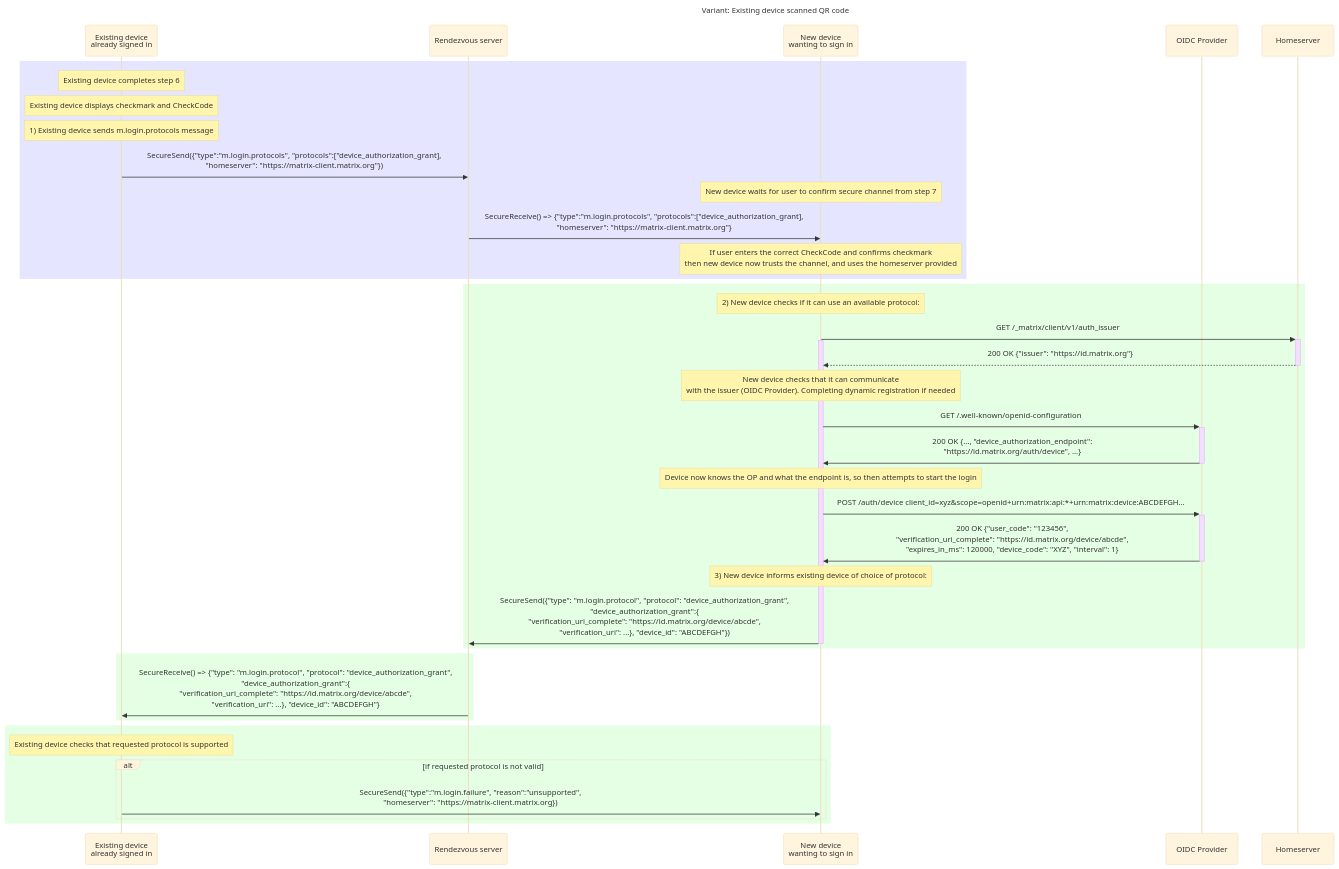
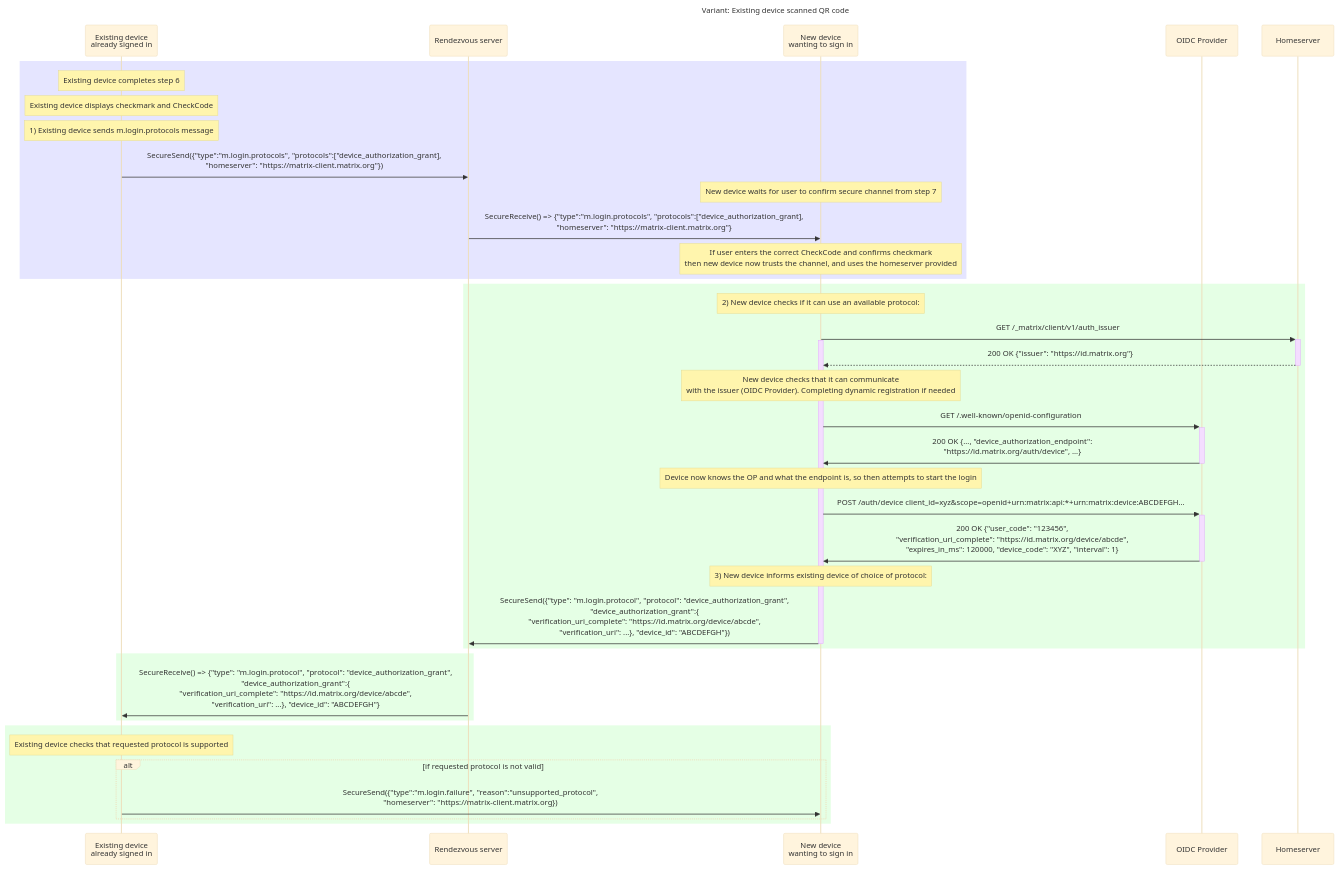
One commit to matrix-org/matrix-spec-proposals changed the fourth of 6 diagrams in proposals/4108-oidc-qr-login.md. Above: the diagram before and after it, drawn with Mermaid (base theme). The commit also changed other lines of this file, not shown here.

````diff
--- a/proposals/4108-oidc-qr-login.md
+++ b/proposals/4108-oidc-qr-login.md
@@ -858,65 +858,65 @@
 ```mermaid
 sequenceDiagram
     title: Variant: Existing device scanned QR code
     participant E as Existing device <br>already signed in
     participant Z as Rendezvous server
     participant N as New device <br>wanting to sign in
     participant OP as OIDC Provider
     participant HS as Homeserver
 
 
     #alt if New device scanned QR code
     #    note over N: New device completes checks from secure channel establishment step 6 - it now trusts the channel
     #    note over N: 1) New device got Homeserver base URL from QR code
 
     rect rgba(0,0,255, 0.1)
     #else if Existing device scanned QR code
         note over E: Existing device completes step 6
         note over E: Existing device displays checkmark and CheckCode
         note over E: 1) Existing device sends m.login.protocols message
         E->>Z: SecureSend({"type":"m.login.protocols", "protocols":["device_authorization_grant],<br> "homeserver": "https://matrix-client.matrix.org"})
         note over N: New device waits for user to confirm secure channel from step 7
         Z->>N: SecureReceive() => {"type":"m.login.protocols", "protocols":["device_authorization_grant],<br> "homeserver": "https://matrix-client.matrix.org"}
         note over N: If user enters the correct CheckCode and confirms checkmark<br>then new device now trusts the channel, and uses the homeserver provided
     end
 
 
     rect rgba(0,255,0, 0.1)
     note over N: 2) New device checks if it can use an available protocol:
         N->>+HS: GET /_matrix/client/v1/auth_issuer
     activate N
         HS-->>-N: 200 OK {"issuer": "https://id.matrix.org"}
         Note over N: New device checks that it can communicate<br> with the issuer (OIDC Provider). Completing dynamic registration if needed 
         N->>+OP: GET /.well-known/openid-configuration
         OP->>-N: 200 OK {..., "device_authorization_endpoint":<br> "https://id.matrix.org/auth/device", ...}
         Note over N: Device now knows the OP and what the endpoint is, so then attempts to start the login
         N->>+OP: POST /auth/device client_id=xyz&scope=openid+urn:matrix:api:*+urn:matrix:device:ABCDEFGH...
         OP->>-N: 200 OK {"user_code": "123456",<br>"verification_uri_complete": "https://id.matrix.org/device/abcde",<br>"expires_in_ms": 120000, "device_code": "XYZ", "interval": 1}
         note over N: 3) New device informs existing device of choice of protocol:
         N->>Z: SecureSend({"type": "m.login.protocol", "protocol": "device_authorization_grant",<br> "device_authorization_grant":{<br>"verification_uri_complete": "https://id.matrix.org/device/abcde",<br>"verification_uri": ...}, "device_id": "ABCDEFGH"})
 
     deactivate N
     end
 
     # alt if New device scanned QR code
     #    note over N: New device displays checkmark and CheckCode
     #    note over E: Existing device waits for user to enter CheckCode<br>and confirm secure channel from step 7
     #end
 
     rect rgba(0,255,0, 0.1)
         Z->>E: SecureReceive() => {"type": "m.login.protocol", "protocol": "device_authorization_grant",<br> "device_authorization_grant":{<br>"verification_uri_complete": "https://id.matrix.org/device/abcde",<br>"verification_uri": ...}, "device_id": "ABCDEFGH"}
     end
 
     # alt if New device scanned QR code
     #    note over E: If user entered correct CheckCode<br>and confirms checkmark then existing device now trusts the channel
     #end
 
 
     rect rgba(0,255,0, 0.1)
     note over E: Existing device checks that requested protocol is supported
 
     alt if requested protocol is not valid
-        E->>N: SecureSend({"type":"m.login.failure", "reason":"unsupported",<br>"homeserver": "https://matrix-client.matrix.org})
+        E->>N: SecureSend({"type":"m.login.failure", "reason":"unsupported_protocol",<br>"homeserver": "https://matrix-client.matrix.org})
     end
     end
 ```
````
